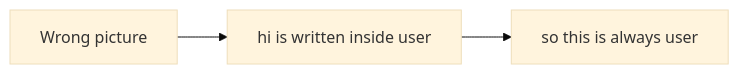
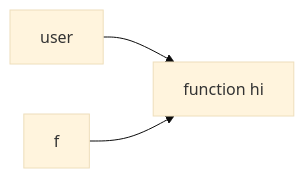
One commit to starjustice/research-material changed the second of 3 diagrams in learn/javascript/06-this-call-apply-and-bind.md. Above: the diagram before and after it, drawn with Mermaid (base theme). The commit also changed other lines of this file, not shown here.

````diff
--- a/learn/javascript/06-this-call-apply-and-bind.md
+++ b/learn/javascript/06-this-call-apply-and-bind.md
@@ -116,5 +67,5 @@
 ```mermaid
 graph LR
-    A["Wrong picture"] --> B["hi is written inside user"]
-    B --> C["so this is always user"]
+    U["user"] --> H["function hi"]
+    F["f"] --> H
 ```
````
